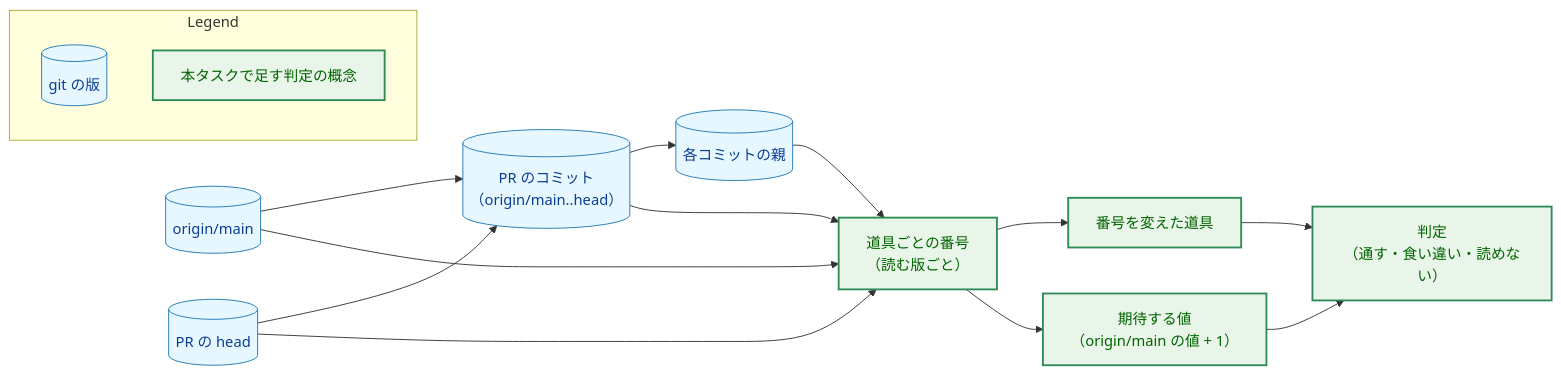
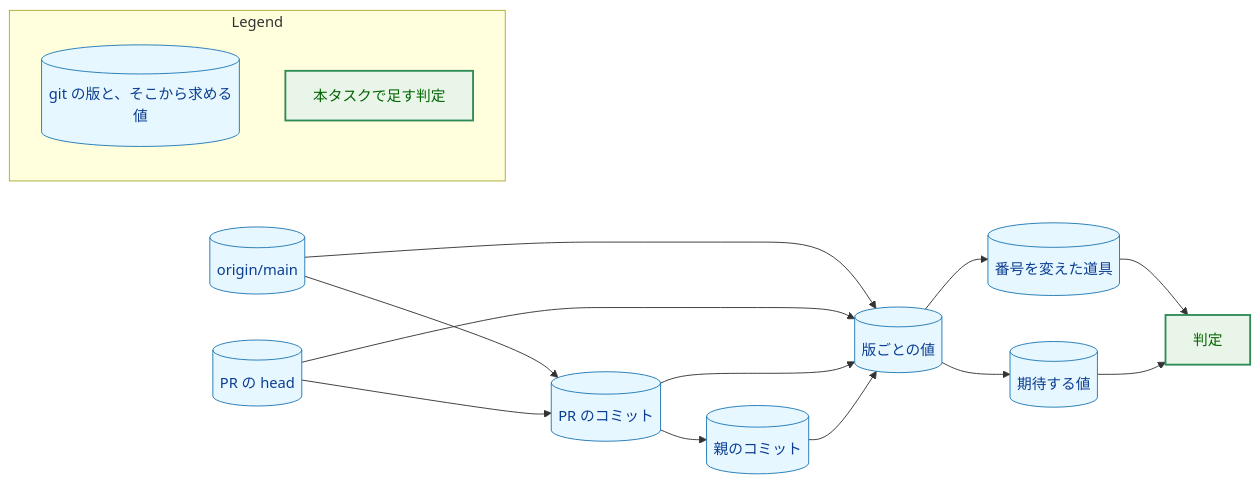
Before and after one commit to isseis/yt2column: the first of 4 diagrams in docs/tasks/0099_protocol_number_rule/02_architecture.md, drawn with Mermaid. The commit also changed other lines of this file and 1 other file, not shown here.

First line of the commit message:
docs(0099): address the architecture review and the prose pass

````diff
--- a/docs/tasks/0099_protocol_number_rule/02_architecture.md
+++ b/docs/tasks/0099_protocol_number_rule/02_architecture.md
@@ -52,36 +55,36 @@
 ```mermaid
 flowchart LR
     classDef data fill:#e6f7ff,stroke:#1f77b4,stroke-width:1px,color:#0b3d91;
     classDef enhanced fill:#e8f5e8,stroke:#2e8b57,stroke-width:2px,color:#006400;
 
     MAIN[("origin/main")]
     HEAD[("PR の head")]
-    COMMITS[("PR のコミット<br>（origin/main..head）")]
-    PARENTS[("各コミットの親")]
-    VALUES["道具ごとの番号<br>（読む版ごと）"]
-    CHANGED["番号を変えた道具"]
-    EXPECTED["期待する値<br>（origin/main の値 + 1）"]
-    VERDICT["判定<br>（通す・食い違い・読めない）"]
+    COMMITS[("PR のコミット")]
+    PARENTS[("親のコミット")]
+    VALUES[("版ごとの値")]
+    CHANGED[("番号を変えた道具")]
+    EXPECTED[("期待する値")]
+    VERDICT["判定"]
 
+    MAIN --> COMMITS
     HEAD --> COMMITS
-    MAIN --> COMMITS
     COMMITS --> PARENTS
     MAIN --> VALUES
     HEAD --> VALUES
     COMMITS --> VALUES
     PARENTS --> VALUES
     VALUES --> CHANGED
     VALUES --> EXPECTED
     CHANGED --> VERDICT
     EXPECTED --> VERDICT
 
-    class MAIN,HEAD,COMMITS,PARENTS data
-    class VALUES,CHANGED,EXPECTED,VERDICT enhanced
+    class MAIN,HEAD,COMMITS,PARENTS,VALUES,CHANGED,EXPECTED data
+    class VERDICT enhanced
 
     subgraph Legend["Legend"]
-        L1[("git の版")]
-        L2["本タスクで足す判定の概念"]
+        L1[("git の版と、そこから求める値")]
+        L2["本タスクで足す判定"]
     end
     class L1 data
     class L2 enhanced
 ```
````
